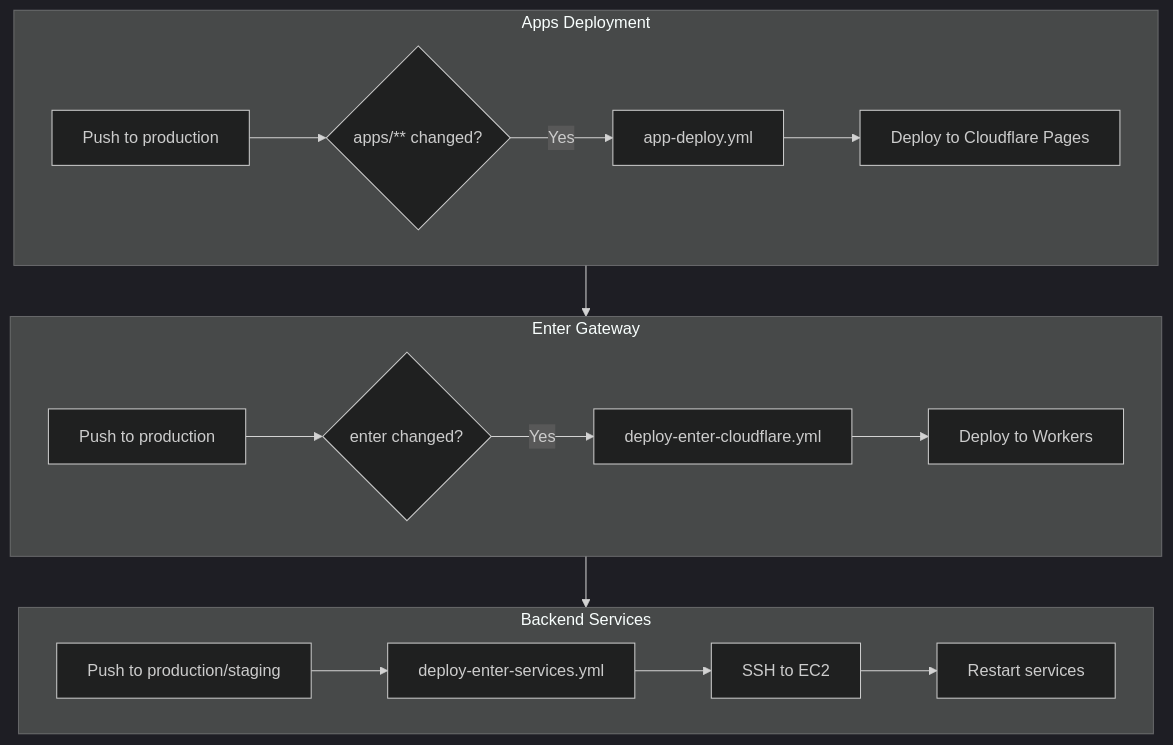
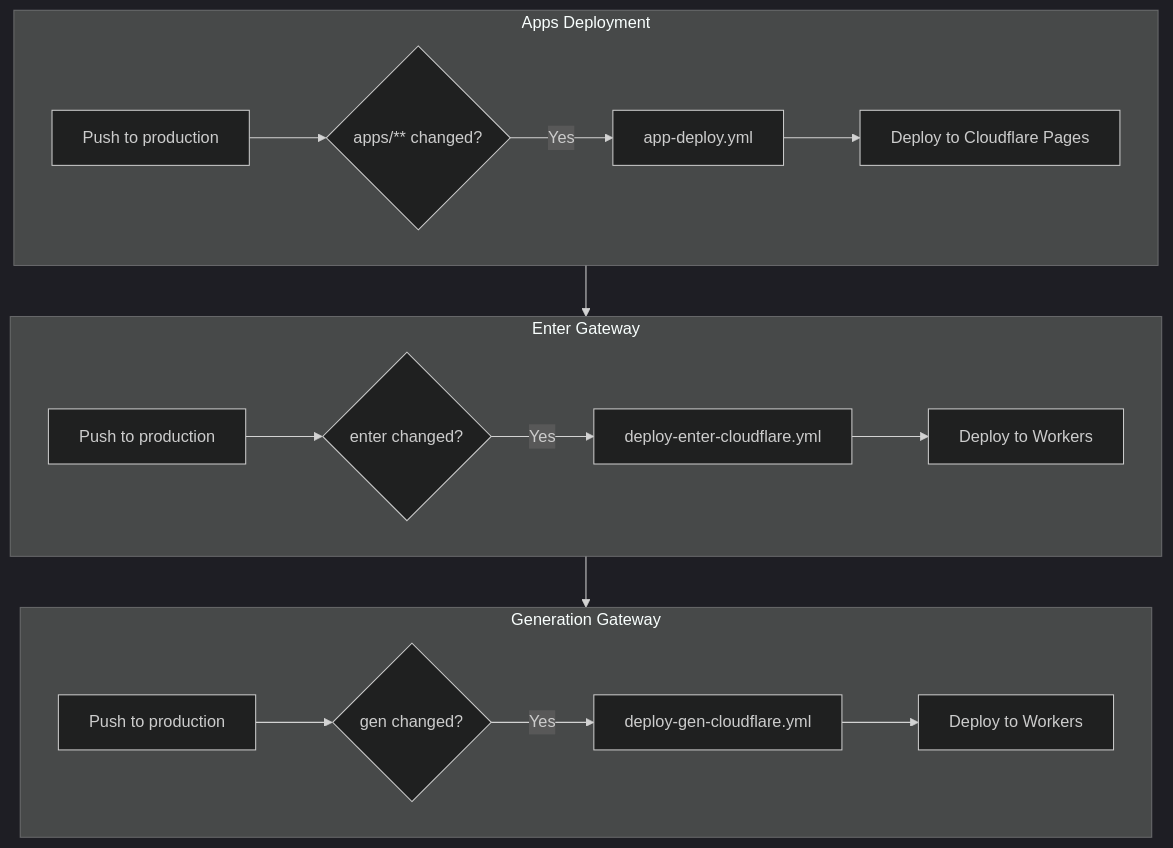
Before and after one commit to pollinations/pollinations: the diagram in .github/docs/DEPLOYMENT.md, drawn with Mermaid. The commit also changed other lines of this file and 127 other files, not shown here.

Commit message:
feat: move image generation into gen

````diff
--- a/.github/docs/DEPLOYMENT.md
+++ b/.github/docs/DEPLOYMENT.md
@@ -13,25 +13,25 @@
 ```mermaid
 %%{init: {'theme': 'dark'}}%%
 flowchart TD
     subgraph APPS["Apps Deployment"]
         A1[Push to production] --> A2{apps/** changed?}
         A2 -->|Yes| A3[app-deploy.yml]
         A3 --> A4[Deploy to Cloudflare Pages]
     end
 
     APPS --> ENTER
 
     subgraph ENTER["Enter Gateway"]
         B1[Push to production] --> B2{enter changed?}
         B2 -->|Yes| B3[deploy-enter-cloudflare.yml]
         B3 --> B4[Deploy to Workers]
     end
 
-    ENTER --> SERVICES
+    ENTER --> GEN
 
-    subgraph SERVICES["Backend Services"]
-        C1[Push to production/staging] --> C2[deploy-enter-services.yml]
-        C2 --> C3[SSH to EC2]
-        C3 --> C4[Restart services]
+    subgraph GEN["Generation Gateway"]
+        C1[Push to production] --> C2{gen changed?}
+        C2 -->|Yes| C3[deploy-gen-cloudflare.yml]
+        C3 --> C4[Deploy to Workers]
     end
 ```
````
